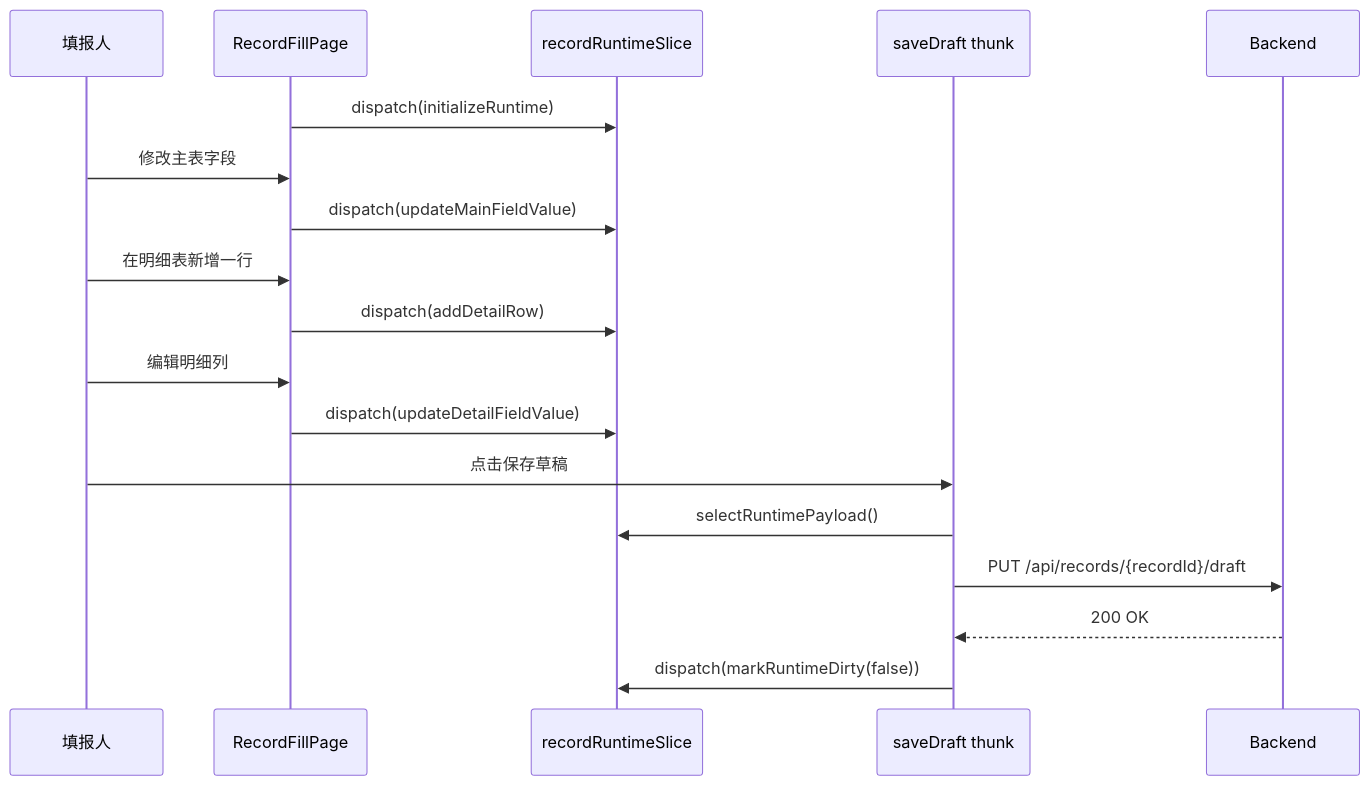
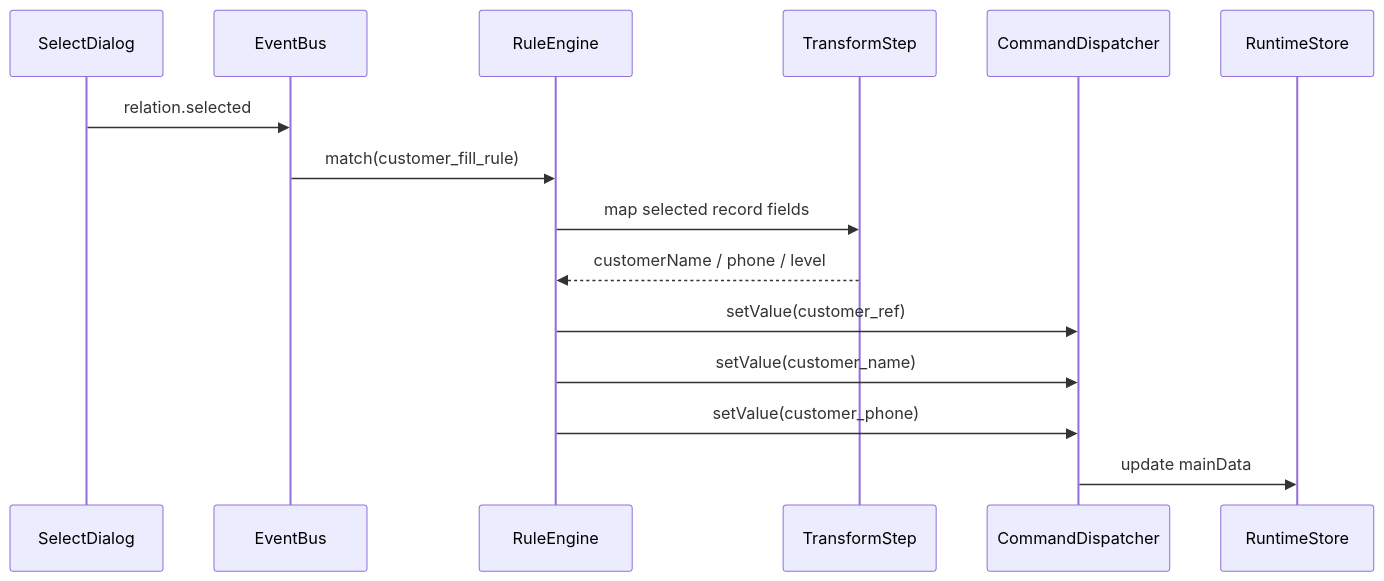
The fifth of 6 diagrams in docs/设计/03-多表单扩展/前端设计方案/多表单扩展前端设计.md (bulengjianghu/dataapp), drawn with Mermaid before and after one commit. The commit also changed other lines of this file and 1 other file, not shown here.

````diff
--- a/docs/设计/03-多表单扩展/前端设计方案/多表单扩展前端设计.md
+++ b/docs/设计/03-多表单扩展/前端设计方案/多表单扩展前端设计.md
@@ -752,21 +748,18 @@
 ```mermaid
 sequenceDiagram
-    participant U as 填报人
-    participant P as RecordFillPage
-    participant S as recordRuntimeSlice
-    participant T as saveDraft thunk
-    participant B as Backend
+    participant UI as SelectDialog
+    participant Bus as EventBus
+    participant Engine as RuleEngine
+    participant Transform as TransformStep
+    participant Dispatcher as CommandDispatcher
+    participant Store as RuntimeStore
 
-    P->>S: dispatch(initializeRuntime)
-    U->>P: 修改主表字段
-    P->>S: dispatch(updateMainFieldValue)
-    U->>P: 在明细表新增一行
-    P->>S: dispatch(addDetailRow)
-    U->>P: 编辑明细列
-    P->>S: dispatch(updateDetailFieldValue)
-    U->>T: 点击保存草稿
-    T->>S: selectRuntimePayload()
-    T->>B: PUT /api/records/{recordId}/draft
-    B-->>T: 200 OK
-    T->>S: dispatch(markRuntimeDirty(false))
+    UI->>Bus: relation.selected
+    Bus->>Engine: match(customer_fill_rule)
+    Engine->>Transform: map selected record fields
+    Transform-->>Engine: customerName / phone / level
+    Engine->>Dispatcher: setValue(customer_ref)
+    Engine->>Dispatcher: setValue(customer_name)
+    Engine->>Dispatcher: setValue(customer_phone)
+    Dispatcher->>Store: update mainData
 ```
````
